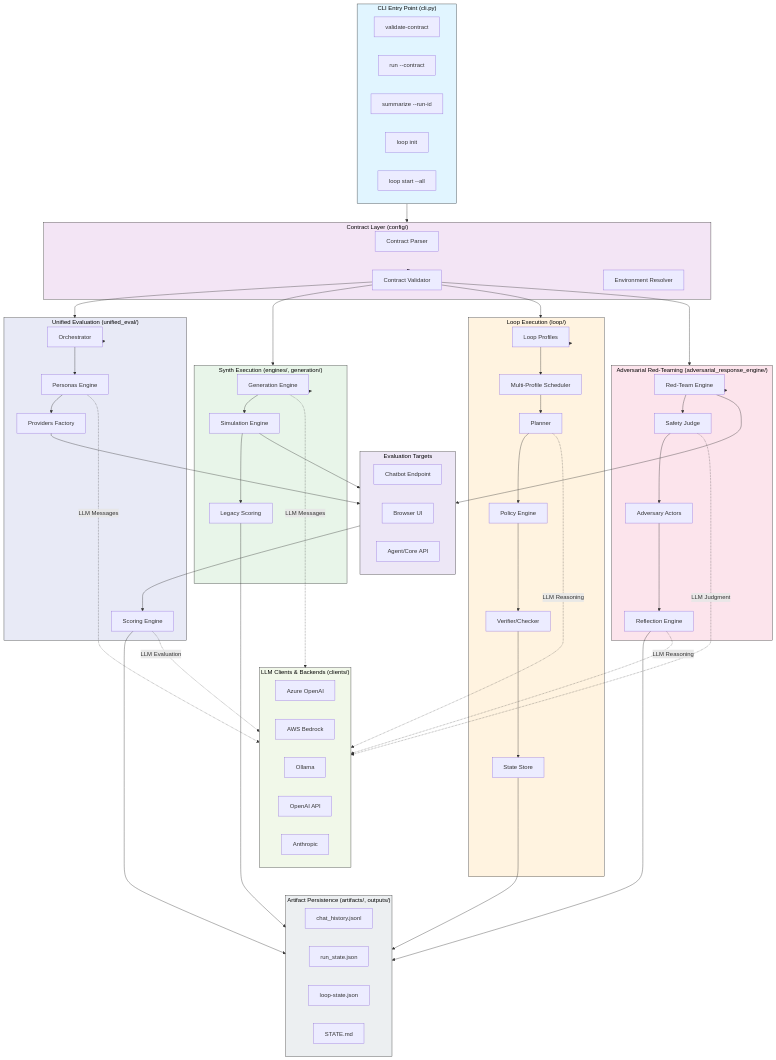
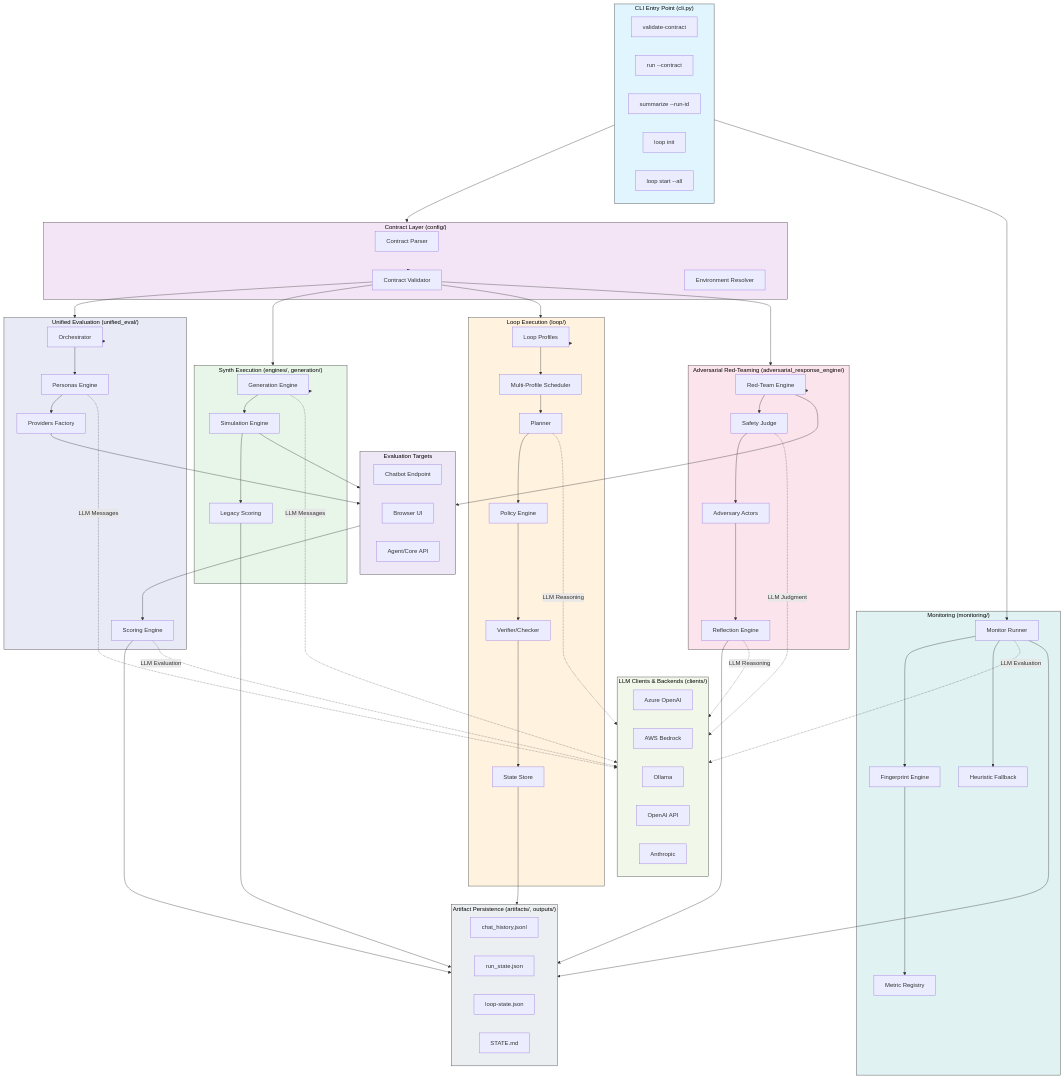
One commit to jerryshao2012/adaptive-synth-eval changed the diagram in README.md. Above: the diagram before and after it, drawn with Mermaid. The commit also changed other lines of this file, not shown here.

Commit message:
docs(readme): update architecture diagram with monitoring module
- Add Monitoring subgraph with Monitor Runner, Metric Registry, Fingerprint Engine, and Heuristic Fallback
- Connect MonitorRunner to LLMClients for LLM Evaluation workflows
- Link CLI to MonitorRunner and establish monitoring component relationships
- Style Monitoring section with teal color scheme in architecture diagram
- Update project structure to include monitoring directory and metrics configuration files
- Adjust indentation of tests directory to align with new monitoring module structure

```diff
--- a/README.md
+++ b/README.md
@@ -59,6 +59,13 @@
         SafetyJudge["Safety Judge"]
         AdversaryActors["Adversary Actors"]
         ReflectionEngine["Reflection Engine"]
+    end
+
+    subgraph Monitoring["Monitoring (monitoring/)"]
+        MonitorRunner["Monitor Runner"]
+        MetricRegistry["Metric Registry"]
+        FingerprintEngine["Fingerprint Engine"]
+        HeuristicFallback["Heuristic Fallback"]
     end
 
     subgraph LLMClients["LLM Clients & Backends (clients/)"]
@@ -122,9 +129,16 @@
     GenEngine -.LLM Messages.-> LLMClients
     UnifiedPersonas -.LLM Messages.-> LLMClients
     UnifiedScoring -.LLM Evaluation.-> LLMClients
+    MonitorRunner -.LLM Evaluation.-> LLMClients
 
     SimEngine --> Targets
     RedTeamEngine --> Targets
+
+    CLI --> MonitorRunner
+    MonitorRunner --> FingerprintEngine
+    FingerprintEngine --> MetricRegistry
+    MonitorRunner --> HeuristicFallback
+    MonitorRunner --> Persistence
     
     style CLI fill:#e1f5ff,stroke:#333,stroke-width:1px,color:#000
     style ContractLayer fill:#f3e5f5,stroke:#333,stroke-width:1px,color:#000
@@ -132,6 +146,7 @@
     style StaticExec fill:#e8f5e9,stroke:#333,stroke-width:1px,color:#000
     style LoopExec fill:#fff3e0,stroke:#333,stroke-width:1px,color:#000
     style AdversarialExec fill:#fce4ec,stroke:#333,stroke-width:1px,color:#000
+    style Monitoring fill:#e0f2f1,stroke:#333,stroke-width:1px,color:#000
     style LLMClients fill:#f1f8e9,stroke:#333,stroke-width:1px,color:#000
     style Persistence fill:#eceff1,stroke:#333,stroke-width:1px,color:#000
     style Targets fill:#ede7f6,stroke:#333,stroke-width:1px,color:#000
```
